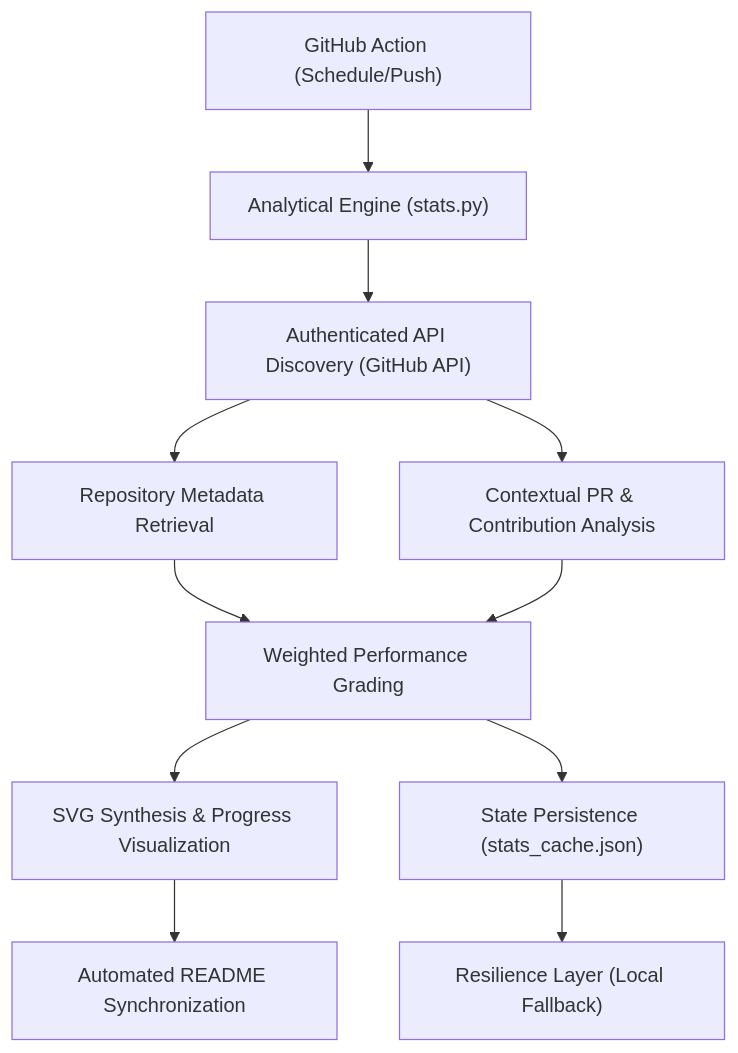
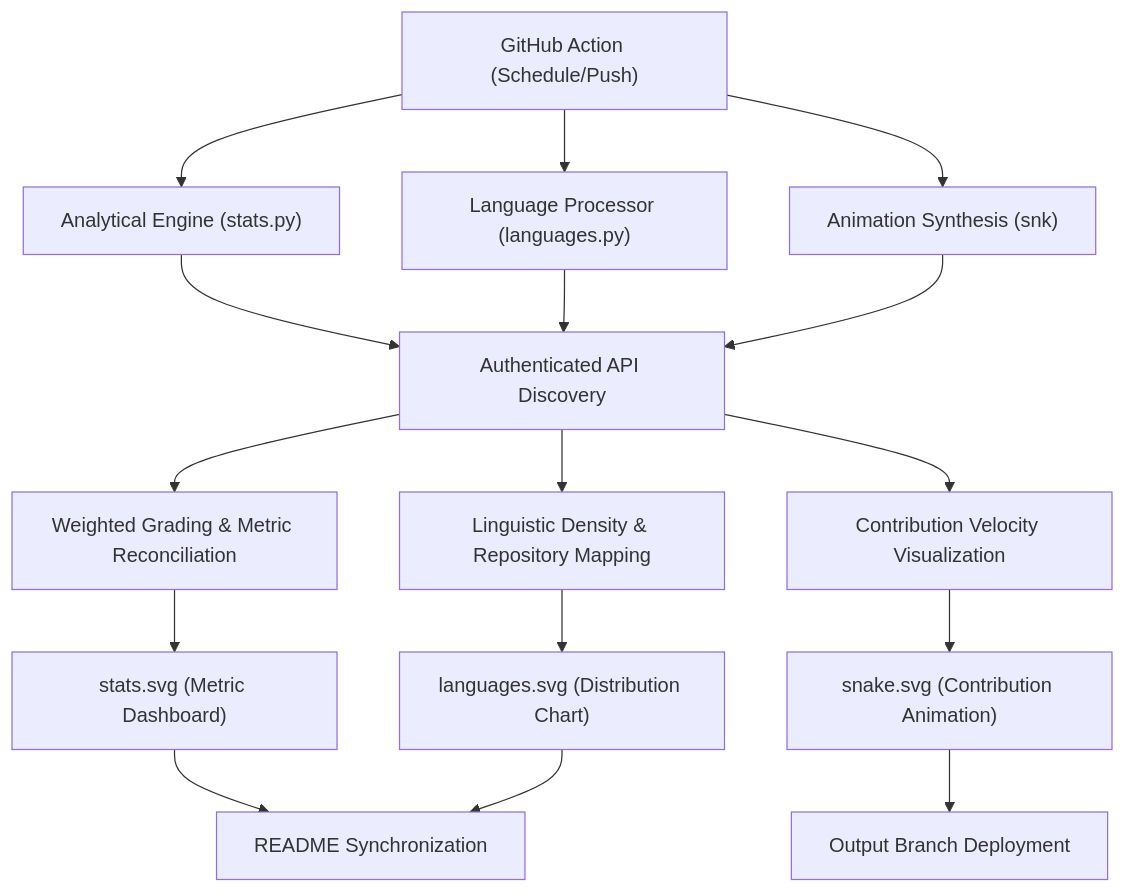
The diagram in docs/SPECIFICATION.md (Amey-Thakur/Amey-Thakur), drawn with Mermaid before and after one commit. The commit also changed other lines of this file, not shown here.

````diff
--- a/docs/SPECIFICATION.md
+++ b/docs/SPECIFICATION.md
@@ -9,16 +9,22 @@
 ```mermaid
 graph TD
-    Trigger["GitHub Action (Schedule/Push)"] --> Engine["Analytical Engine (stats.py)"]
-    Engine --> Auth["Authenticated API Discovery (GitHub API)"]
-    Auth --> Discovery["Repository Metadata Retrieval"]
-    Auth --> Impact["Contextual PR & Contribution Analysis"]
+    Trigger["GitHub Action (Schedule/Push)"] --> Engine_Stats["Analytical Engine (stats.py)"]
+    Trigger --> Engine_Lang["Language Processor (languages.py)"]
+    Trigger --> Engine_Snake["Animation Synthesis (snk)"]
     
-    Discovery --> Scoring["Weighted Performance Grading"]
-    Impact --> Scoring
+    Engine_Stats --> Auth["Authenticated API Discovery"]
+    Engine_Lang --> Auth
+    Engine_Snake --> Auth
     
-    Scoring --> SVG["SVG Synthesis & Progress Visualization"]
-    Scoring --> Cache["State Persistence (stats_cache.json)"]
+    Auth --> Stats_Logic["Weighted Grading & Metric Reconciliation"]
+    Auth --> Lang_Logic["Linguistic Density & Repository Mapping"]
+    Auth --> Snake_Logic["Contribution Velocity Visualization"]
     
-    SVG --> README["Automated README Synchronization"]
-    Cache --> Resilience["Resilience Layer (Local Fallback)"]
+    Stats_Logic --> SVG_Stats["stats.svg (Metric Dashboard)"]
+    Lang_Logic --> SVG_Lang["languages.svg (Distribution Chart)"]
+    Snake_Logic --> SVG_Snake["snake.svg (Contribution Animation)"]
+    
+    SVG_Stats --> README["README Synchronization"]
+    SVG_Lang --> README
+    SVG_Snake --> Output_Branch["Output Branch Deployment"]
 ```
````
